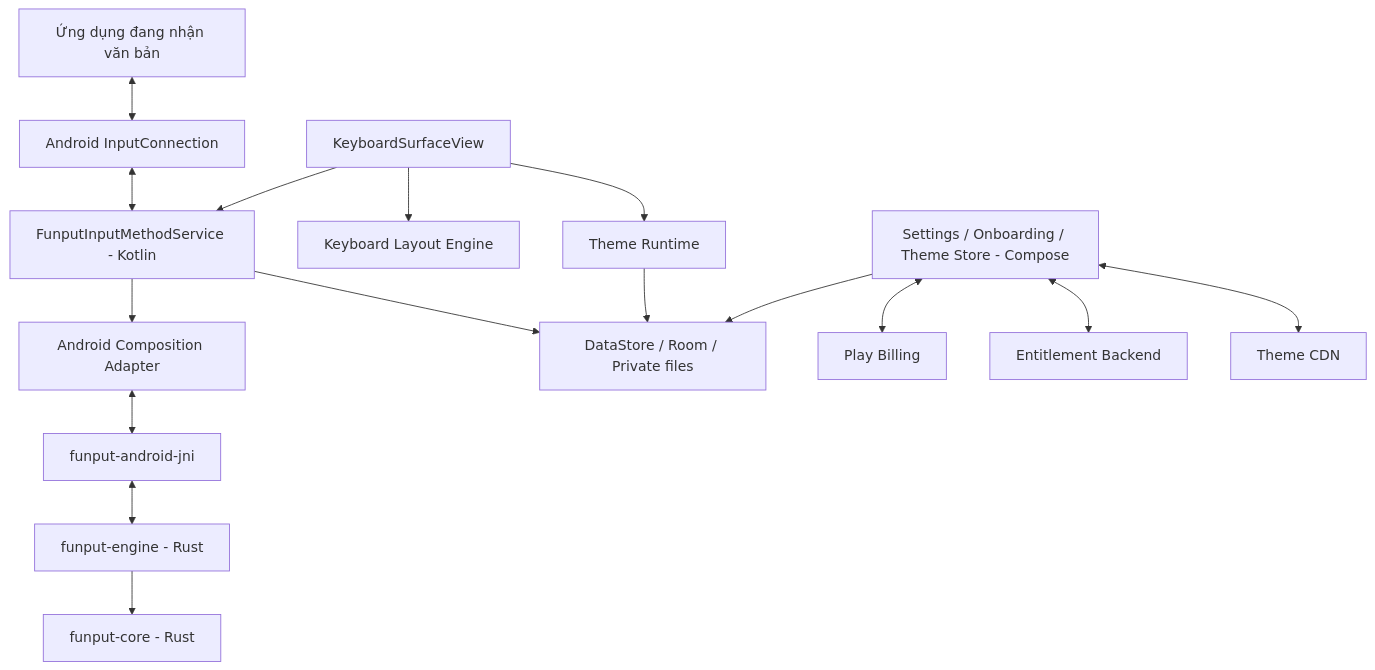
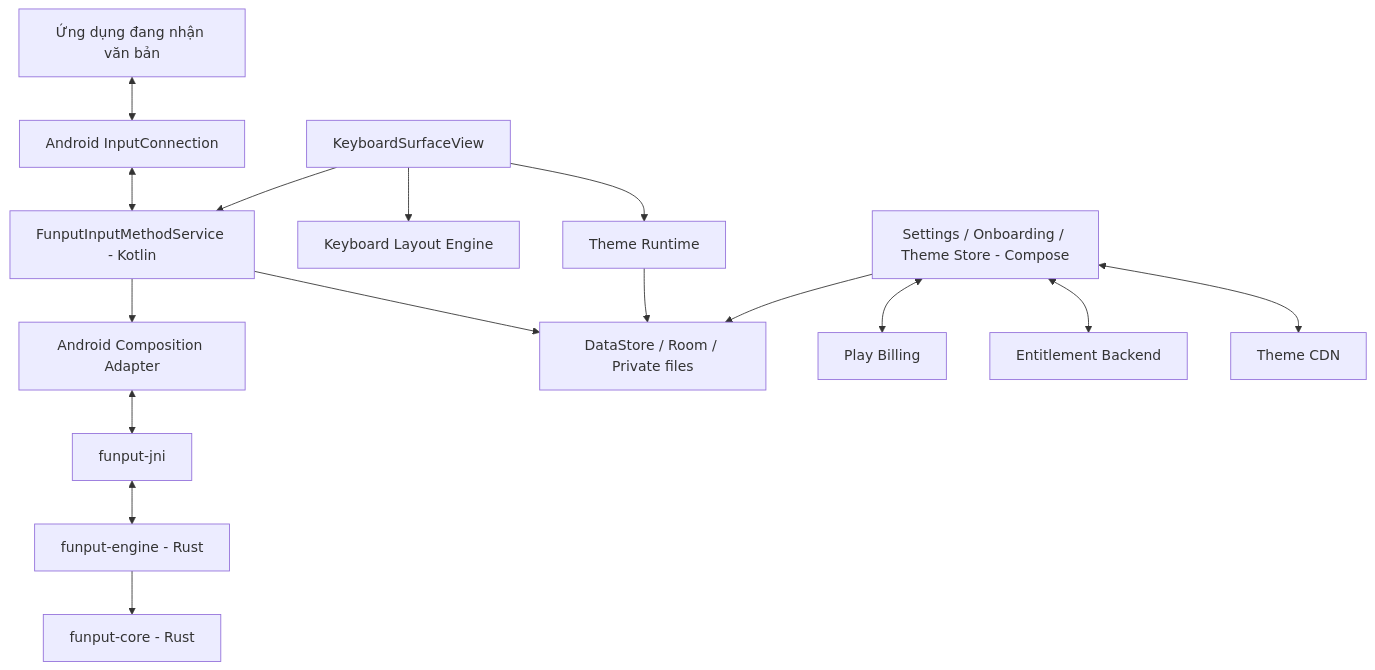
One commit to Funput/Funput changed the diagram in platforms/android/docs/ARCHITECTURE_PROPOSAL.md. Above: the diagram before and after it, drawn with Mermaid. The commit also changed other lines of this file and 24 other files, not shown here.

First line of the commit message:
feat(android): implement JNI integration for Vietnamese input method

````diff
--- a/platforms/android/docs/ARCHITECTURE_PROPOSAL.md
+++ b/platforms/android/docs/ARCHITECTURE_PROPOSAL.md
@@ -71,34 +71,34 @@
 ```mermaid
 flowchart TB
     Host["Ứng dụng đang nhận văn bản"]
     IC["Android InputConnection"]
     IME["FunputInputMethodService - Kotlin"]
     Adapter["Android Composition Adapter"]
-    JNI["funput-android-jni"]
+    JNI["funput-jni"]
     Engine["funput-engine - Rust"]
     Core["funput-core - Rust"]
     Surface["KeyboardSurfaceView"]
     Layout["Keyboard Layout Engine"]
     Theme["Theme Runtime"]
     Compose["Settings / Onboarding / Theme Store - Compose"]
     Billing["Play Billing"]
     Backend["Entitlement Backend"]
     CDN["Theme CDN"]
     Local["DataStore / Room / Private files"]
 
     Host <--> IC
     IC <--> IME
     IME --> Adapter
     Adapter <--> JNI
     JNI <--> Engine
     Engine --> Core
     Surface --> IME
     Surface --> Layout
     Surface --> Theme
     Compose --> Local
     IME --> Local
     Compose <--> Billing
     Compose <--> Backend
     Compose <--> CDN
     Theme --> Local
 ```
````
